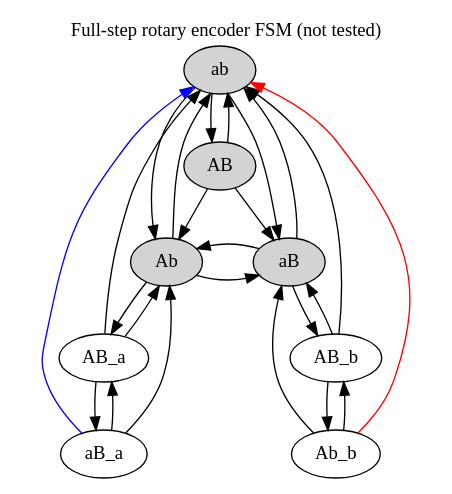
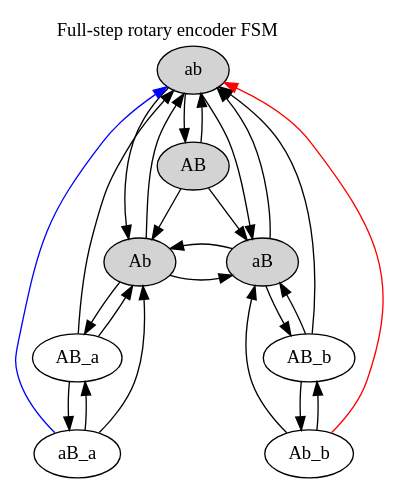
Before and after one commit to dimich-dmb/rotary-encoder-fsm: the diagram in doc/fullstep.dot, drawn with Graphviz.

Commit message:
Tested full step mode

```diff
--- a/doc/fullstep.dot
+++ b/doc/fullstep.dot
@@ -1,48 +1,48 @@
 digraph {
-    label = "Full-step rotary encoder FSM (not tested)"
+    label = "Full-step rotary encoder FSM"
     labelloc="t";
     labeljust="l";
 
     rankdir = TB
 
     ab [ style = filled ]
     Ab [ style = filled ]
     aB [ style = filled ]
     AB [ style = filled ]
 
     { rank = same; Ab; aB }
 
     ab -> Ab
     ab -> AB
     ab -> aB
 
     Ab -> ab
     Ab -> AB_a
     Ab -> aB
 
     AB_a -> Ab
     AB_a -> ab
     AB_a -> aB_a
 
     aB_a -> AB_a
     aB_a -> Ab
     aB_a -> ab [ color = blue ]
 
 
     aB -> ab
     aB -> AB_b
     aB -> Ab
 
     AB_b -> aB
     AB_b -> ab
     AB_b -> Ab_b
 
     Ab_b -> AB_b
     Ab_b -> aB
     Ab_b -> ab [ color = red ]
 
     AB -> ab
     AB -> Ab
     AB -> aB
 
 }
```
